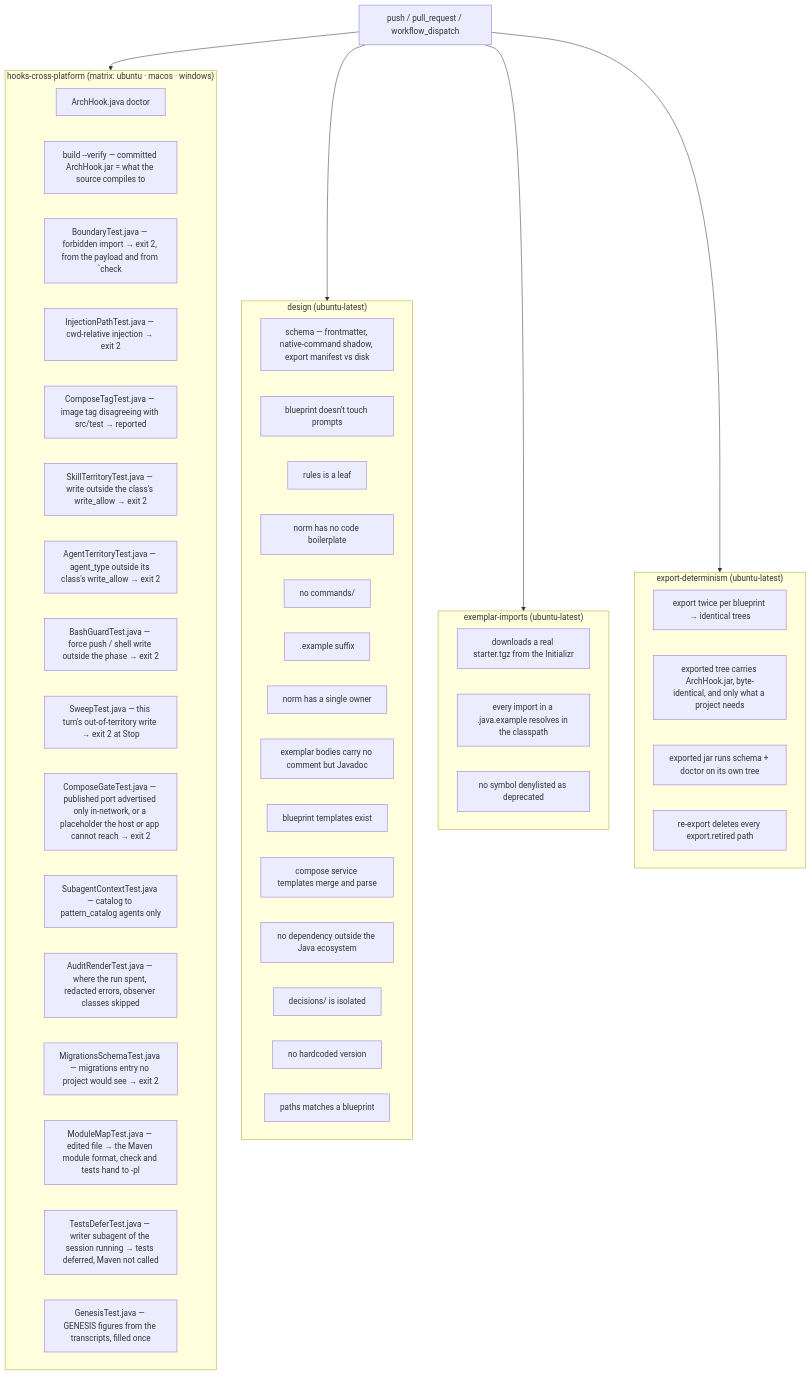
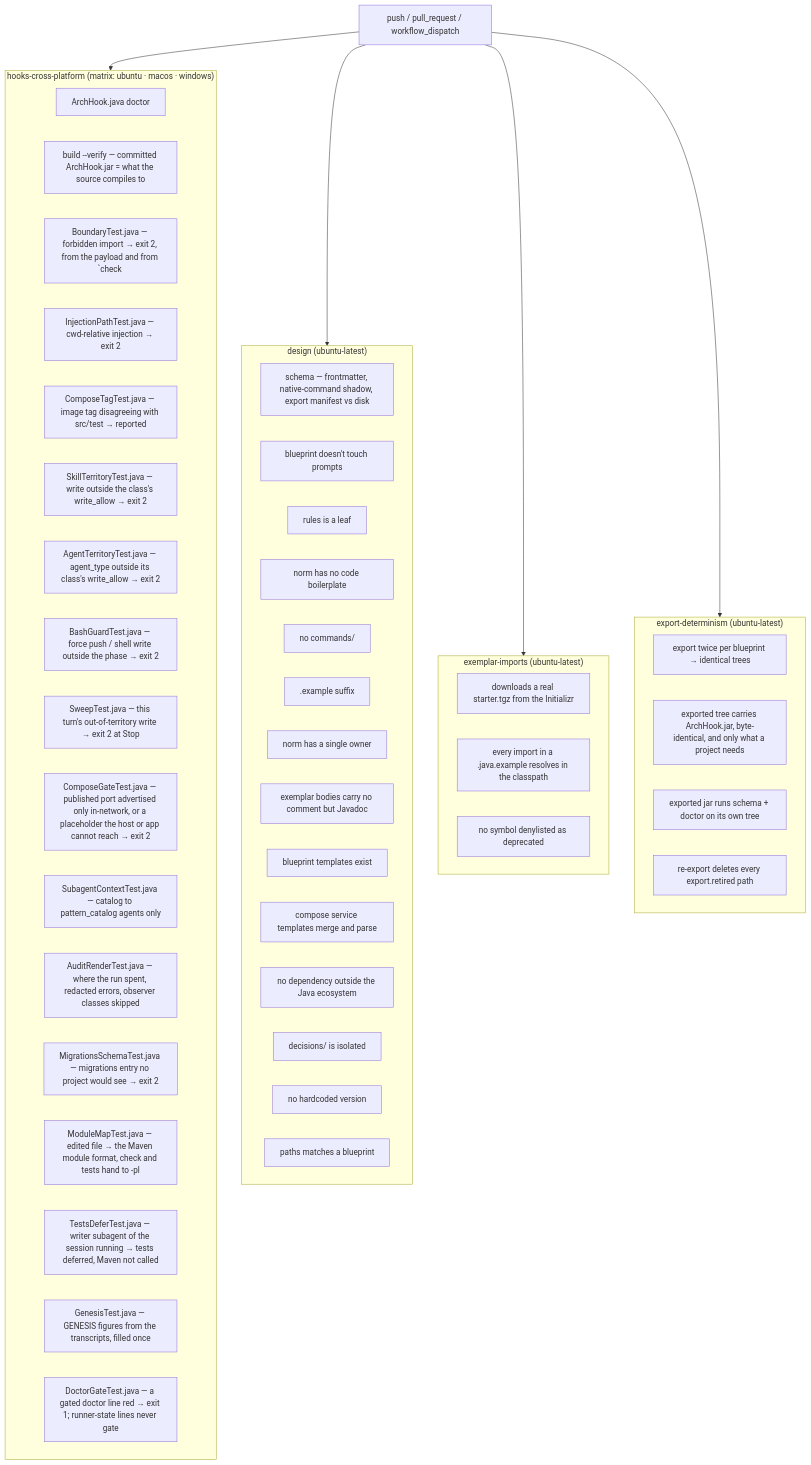
One commit to ice-lfernandes/claude-spring-architect changed the diagram in docs/en/07-ci-validate.md. Above: the diagram before and after it, drawn with Mermaid. The commit also changed other lines of this file and 13 other files, not shown here.

First line of the commit message:
fix: fail the generated boundaries CI job when doctor reports a red committed check

````diff
--- a/docs/en/07-ci-validate.md
+++ b/docs/en/07-ci-validate.md
@@ -17,57 +17,58 @@
 ```mermaid
 flowchart TD
     T[push / pull_request / workflow_dispatch] --> J1
     T --> J2
     T --> J3
     T --> J4
 
     subgraph J1["hooks-cross-platform (matrix: ubuntu · macos · windows)"]
         H1[ArchHook.java doctor]
         H0[build --verify — committed ArchHook.jar = what the source compiles to]
         H2[BoundaryTest.java — forbidden import → exit 2, from the payload and from `check <path>`]
         H3[InjectionPathTest.java — cwd-relative injection → exit 2]
         H4[ComposeTagTest.java — image tag disagreeing with src/test → reported]
         H5[SkillTerritoryTest.java — write outside the class's write_allow → exit 2]
         H6[AgentTerritoryTest.java — agent_type outside its class's write_allow → exit 2]
         H7[BashGuardTest.java — force push / shell write outside the phase → exit 2]
         H8[SweepTest.java — this turn's out-of-territory write → exit 2 at Stop]
         H9[ComposeGateTest.java — published port advertised only in-network, or a placeholder the host or app cannot reach → exit 2]
         H10[SubagentContextTest.java — catalog to pattern_catalog agents only]
         H11[AuditRenderTest.java — where the run spent, redacted errors, observer classes skipped]
         H12[MigrationsSchemaTest.java — migrations entry no project would see → exit 2]
         H13[ModuleMapTest.java — edited file → the Maven module format, check and tests hand to -pl]
         H14[TestsDeferTest.java — writer subagent of the session running → tests deferred, Maven not called]
         H15[GenesisTest.java — GENESIS figures from the transcripts, filled once]
+        H16[DoctorGateTest.java — a gated doctor line red → exit 1; runner-state lines never gate]
     end
 
     subgraph J2["design (ubuntu-latest)"]
         D1[schema — frontmatter, native-command shadow, export manifest vs disk]
         D4[blueprint doesn't touch prompts]
         D5[rules is a leaf]
         D6[norm has no code boilerplate]
         D7[no commands/]
         D8[.example suffix]
         D10[XmlTemplatesTest.java — every *.xml.example parses]
         D16[exemplar bodies carry no comment but Javadoc]
         D9[blueprint templates exist]
         D15[compose service templates merge and parse]
         D10[norm has a single owner]
         D11[no dependency outside the Java ecosystem]
         D12[decisions/ is isolated]
         D13[no hardcoded version]
         D14[paths matches a blueprint]
     end
 
     subgraph J3["exemplar-imports (ubuntu-latest)"]
         E1[downloads a real starter.tgz from the Initializr]
         E2[every import in a .java.example resolves in the classpath]
         E3[no symbol denylisted as deprecated]
     end
 
     subgraph J4["export-determinism (ubuntu-latest)"]
         X1[export twice per blueprint → identical trees]
         X2[exported tree carries ArchHook.jar, byte-identical, and only what a project needs]
         X3[exported jar runs schema + doctor on its own tree]
         X4[re-export deletes every export.retired path]
     end
 ```
````
